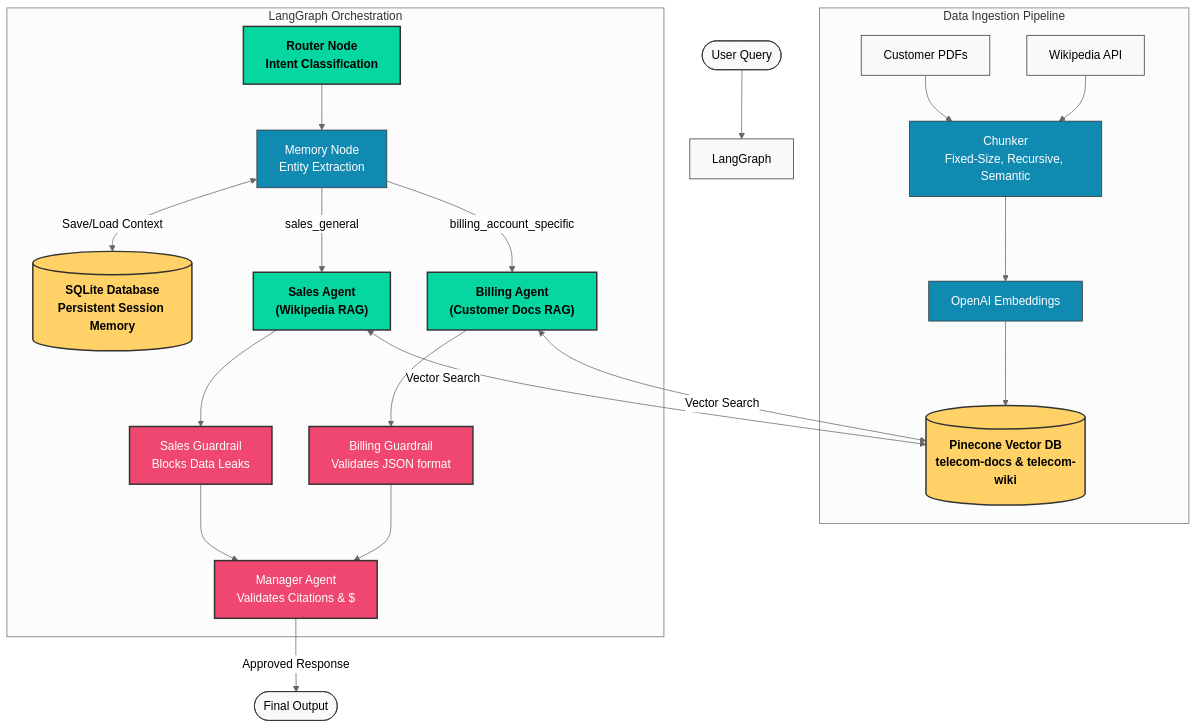
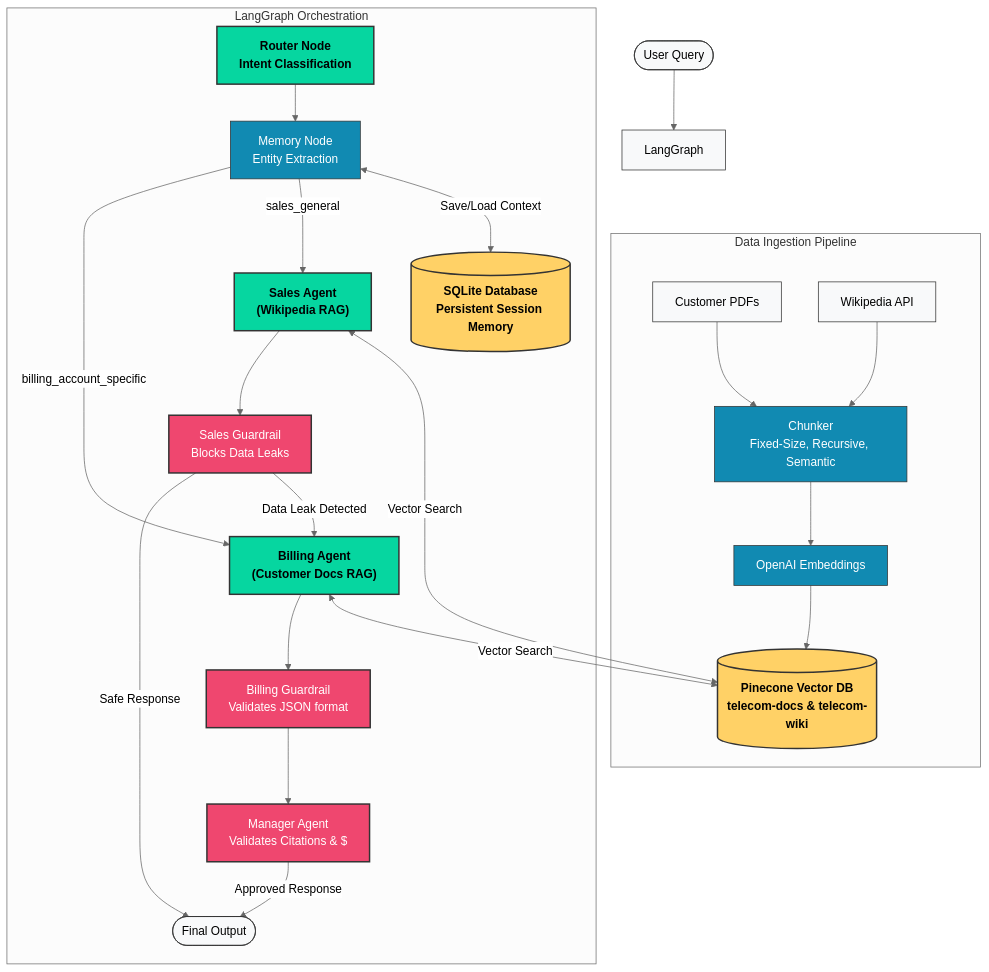
The second of 2 diagrams in README.md (satbecse/telecom-billing-agentic-ai), drawn with Mermaid (neutral theme) before and after one commit. The commit also changed other lines of this file, not shown here.

Commit message:
docs: Correct architecture diagrams to show SalesAgent bypasses Manager

````diff
--- a/README.md
+++ b/README.md
@@ -46,50 +46,52 @@
 ```mermaid
 graph TD
     %% Professional Soft Color Palette
     classDef database fill:#FFD166,stroke:#333,stroke-width:2px,shape:cylinder,font-weight:bold
     classDef pipeline fill:#118AB2,stroke:#333,stroke-width:1px,color:#fff
     classDef agent fill:#06D6A0,stroke:#333,stroke-width:2px,color:#000,font-weight:bold
     classDef guardrail fill:#EF476F,stroke:#333,stroke-width:2px,color:#fff
     classDef default fill:#F8F9FA,stroke:#333,stroke-width:1px
 
     %% Ingestion Pipeline
     subgraph Data Ingestion Pipeline
         PDF[Customer PDFs] --> Chunker["Chunker<br/>Fixed-Size, Recursive, Semantic"]:::pipeline
         Wiki[Wikipedia API] --> Chunker
         Chunker --> Embeddings[OpenAI Embeddings]:::pipeline
         Embeddings --> Pinecone[("Pinecone Vector DB<br/>telecom-docs & telecom-wiki")]:::database
     end
 
     %% Session Memory
     SessionStore[("SQLite Database<br/>Persistent Session Memory")]:::database
 
     %% Interaction Flow
     User([User Query]) --> LangGraph
     
     subgraph LangGraph Orchestration
         Router[Router Node<br/>Intent Classification]:::agent
         MemoryNode[Memory Node<br/>Entity Extraction]:::pipeline
         
         Router --> MemoryNode
         MemoryNode <--> |Save/Load Context| SessionStore
         
         MemoryNode -- "sales_general" --> SalesAgent
         MemoryNode -- "billing_account_specific" --> BillingAgent
         
         SalesAgent["Sales Agent<br/>(Wikipedia RAG)"]:::agent
         BillingAgent["Billing Agent<br/>(Customer Docs RAG)"]:::agent
         
         SalesAgent <--> |Vector Search| Pinecone
         BillingAgent <--> |Vector Search| Pinecone
         
         SalesAgent --> SalesGuard["Sales Guardrail<br/>Blocks Data Leaks"]:::guardrail
         BillingAgent --> BillingGuard["Billing Guardrail<br/>Validates JSON format"]:::guardrail
         
-        SalesGuard --> ManagerAgent
+        SalesGuard --> |Data Leak Detected| BillingAgent
+        SalesGuard --> |Safe Response| Output
+        
         BillingGuard --> ManagerAgent
         
         ManagerAgent["Manager Agent<br/>Validates Citations & $"]:::guardrail
     end
     
     ManagerAgent --> |Approved Response| Output([Final Output])
 ```
````
